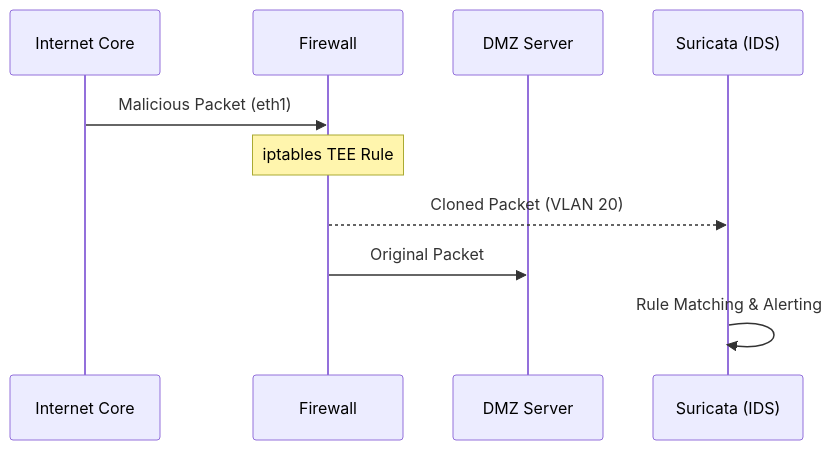
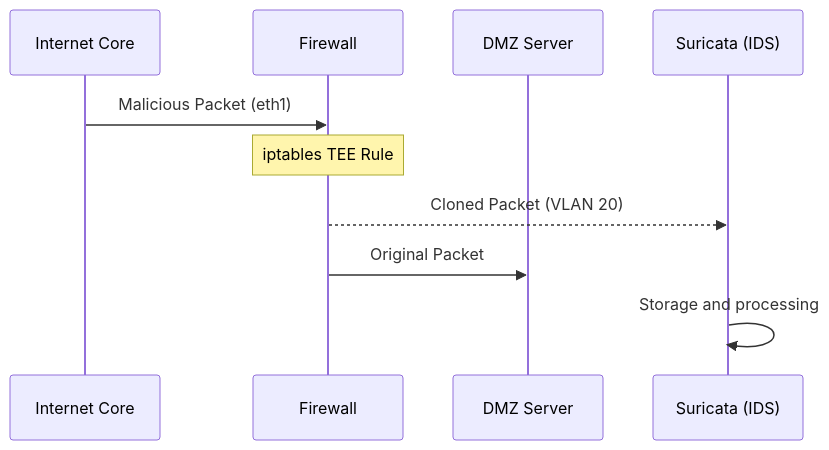
Before and after one commit to Marc-Chamorro/virtual-network-threat-detection: the diagram in docs/architecture/traffic-flows.md, drawn with Mermaid. The commit also changed other lines of this file and 2 other files, not shown here.

````diff
--- a/docs/architecture/traffic-flows.md
+++ b/docs/architecture/traffic-flows.md
@@ -116,14 +116,14 @@
 ```mermaid
 sequenceDiagram
     participant Ext as Internet Core
     participant FW as Firewall
     participant DMZ as DMZ Server
     participant IDS as Suricata (IDS)
 
     Ext->>FW: Malicious Packet (eth1)
     Note over FW: iptables TEE Rule
     FW-->>IDS: Cloned Packet (VLAN 20)
     FW->>DMZ: Original Packet
-    IDS->>IDS: Rule Matching & Alerting
+    IDS->>IDS: Storage and processing
 
 ```
````
